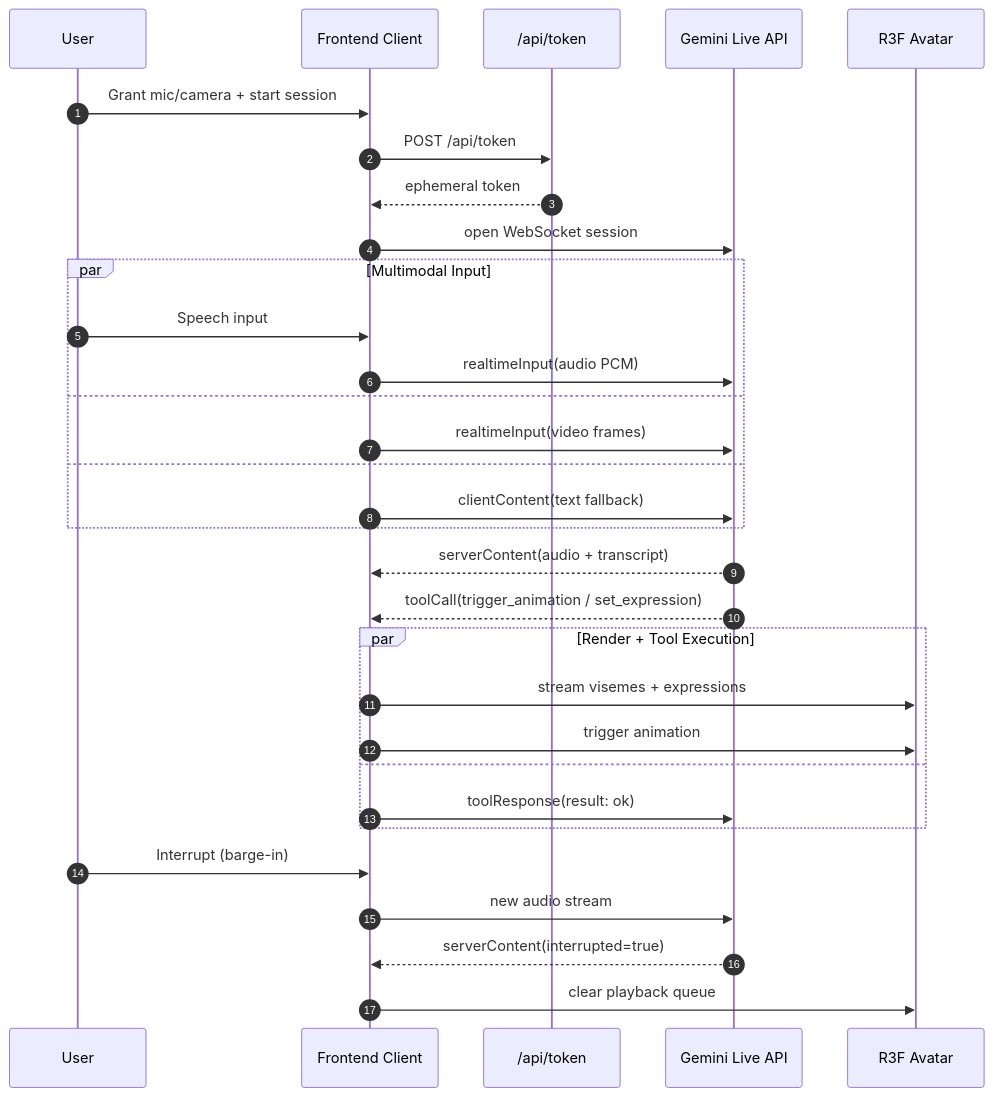
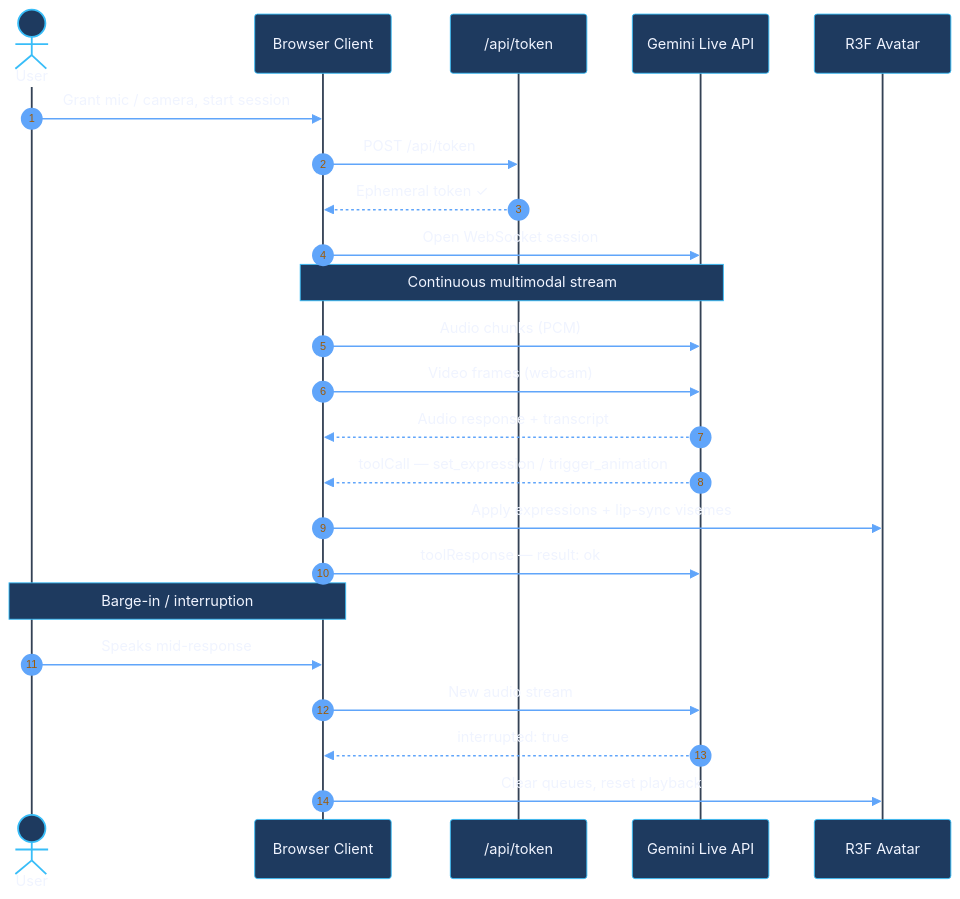
One commit to Kshitijm7/digital-persona changed the second of 2 diagrams in docs/architecture.md. Above: the diagram before and after it, drawn with Mermaid. The commit also changed other lines of this file and 20 other files, not shown here.

````diff
--- a/docs/architecture.md
+++ b/docs/architecture.md
@@ -49,38 +47,32 @@
 ```mermaid
+%%{init: { 'theme': 'base', 'look': 'default', 'themeVariables': { 'primaryColor': '#1e3a5f', 'primaryTextColor': '#f0f4ff', 'primaryBorderColor': '#38bdf8', 'lineColor': '#60a5fa', 'secondaryColor': '#0f2744', 'background': '#0c1a2e', 'fontFamily': 'Inter, system-ui, sans-serif', 'actorBkg': '#1e3a5f', 'actorBorder': '#38bdf8', 'actorTextColor': '#f0f4ff', 'actorLineColor': '#334155', 'signalColor': '#60a5fa', 'signalTextColor': '#f0f4ff', 'labelBoxBkgColor': '#0f2744',  'labelBoxBorderColor': '#334155', 'labelTextColor': '#93c5fd', 'loopTextColor': '#93c5fd', 'noteBorderColor': '#38bdf8', 'noteBkgColor': '#1e3a5f', 'noteTextColor': '#f0f4ff', 'activationBorderColor': '#38bdf8', 'activationBkgColor': '#0f2744' } } }%%
 sequenceDiagram
     autonumber
-    participant User
-    participant Client as Frontend Client
+    actor User
+    participant Client as Browser Client
     participant API as /api/token
     participant Gemini as Gemini Live API
     participant Avatar as R3F Avatar
 
-    User->>Client: Grant mic/camera + start session
+    User->>Client: Grant mic / camera, start session
     Client->>API: POST /api/token
-    API-->>Client: ephemeral token
-    Client->>Gemini: open WebSocket session
+    API-->>Client: Ephemeral token ✓
 
-    par Multimodal Input
-      User->>Client: Speech input
-      Client->>Gemini: realtimeInput(audio PCM)
-    and
-      Client->>Gemini: realtimeInput(video frames)
-    and
-      Client->>Gemini: clientContent(text fallback)
-    end
+    Client->>Gemini: Open WebSocket session
 
-    Gemini-->>Client: serverContent(audio + transcript)
-    Gemini-->>Client: toolCall(trigger_animation / set_expression)
+    Note over Client,Gemini: Continuous multimodal stream
+    Client->>Gemini: Audio chunks (PCM)
+    Client->>Gemini: Video frames (webcam)
 
-    par Render + Tool Execution
-      Client->>Avatar: stream visemes + expressions
-      Client->>Avatar: trigger animation
-    and
-      Client->>Gemini: toolResponse(result: ok)
-    end
+    Gemini-->>Client: Audio response + transcript
+    Gemini-->>Client: toolCall — set_expression / trigger_animation
 
-    User->>Client: Interrupt (barge-in)
-    Client->>Gemini: new audio stream
-    Gemini-->>Client: serverContent(interrupted=true)
-    Client->>Avatar: clear playback queue
+    Client->>Avatar: Apply expressions + lip-sync visemes
+    Client->>Gemini: toolResponse — result: ok
+
+    Note over User,Client: Barge-in / interruption
+    User->>Client: Speaks mid-response
+    Client->>Gemini: New audio stream
+    Gemini-->>Client: interrupted: true
+    Client->>Avatar: Clear queues, reset playback
 ```
````
